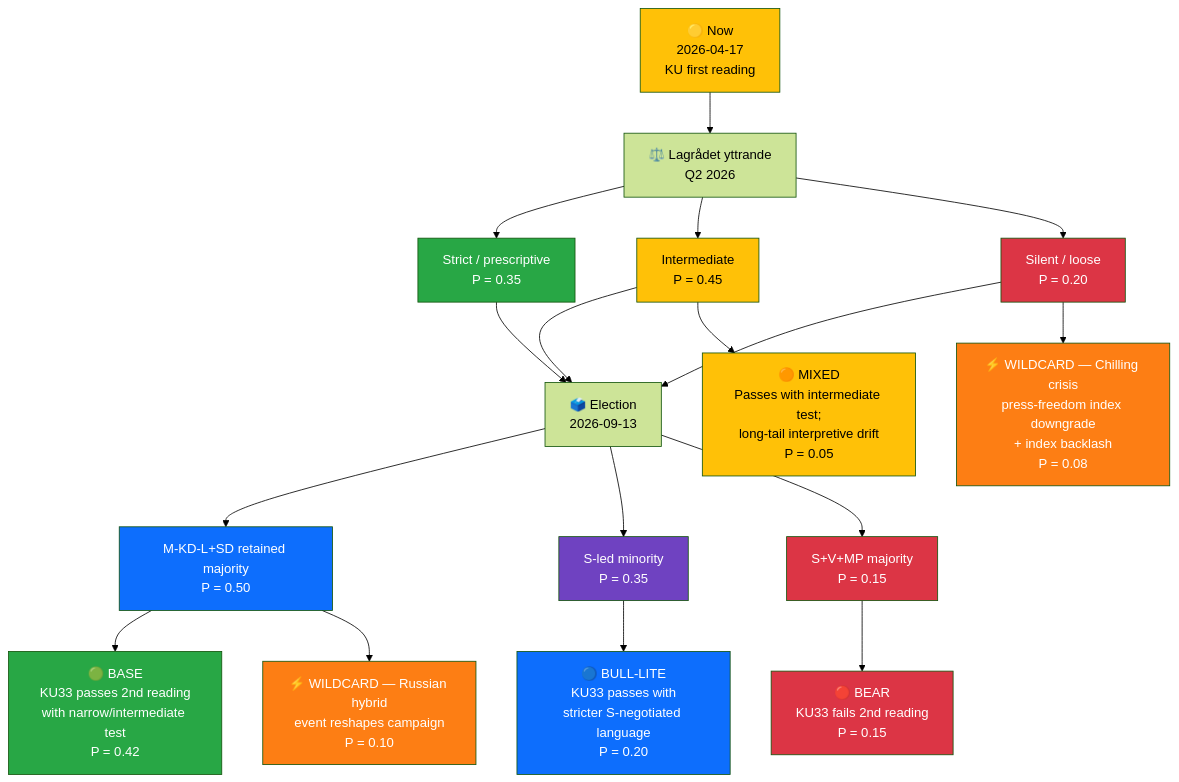
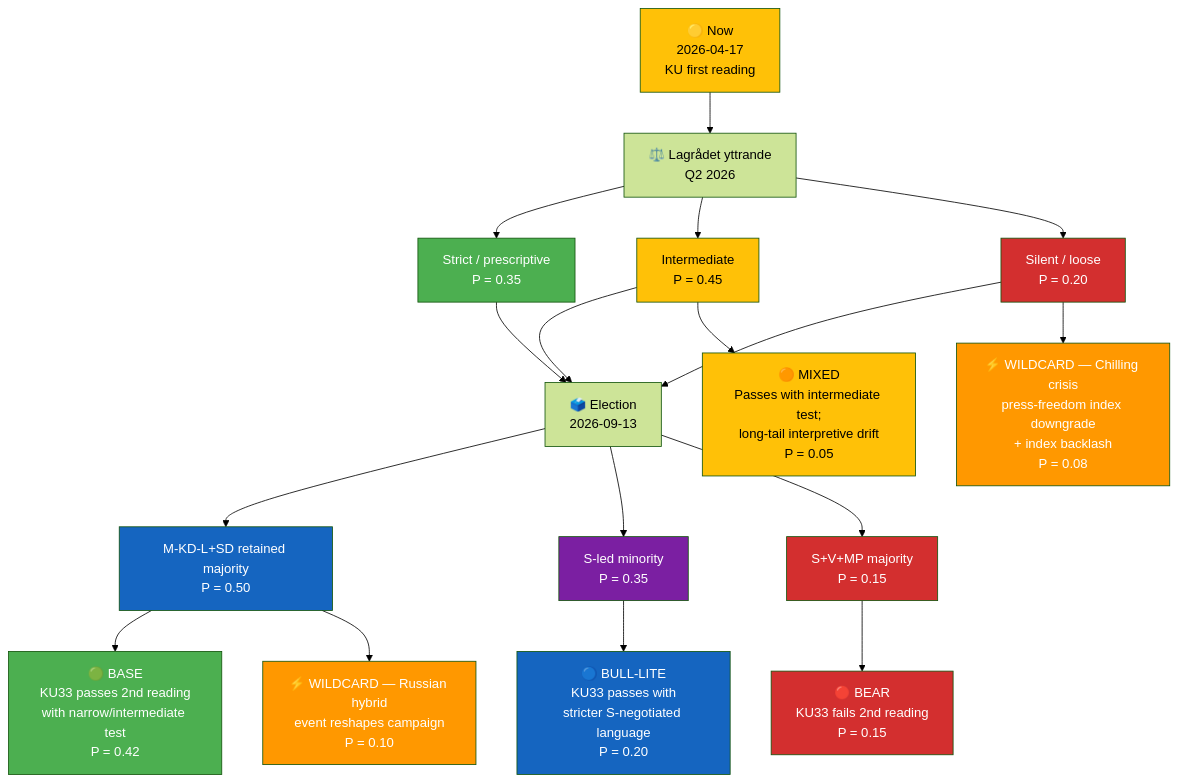
One commit to Hack23/riksdagsmonitor changed the diagram in analysis/daily/2026-04-17/realtime-1434/scenario-analysis.md. Above: the diagram before and after it, drawn with Mermaid (forest theme). The commit also changed 785 other files, not shown here.

First line of the commit message:
Normalize mermaid colors across 786 analysis artifacts to ISMS Style Guide palette

````diff
--- a/analysis/daily/2026-04-17/realtime-1434/scenario-analysis.md
+++ b/analysis/daily/2026-04-17/realtime-1434/scenario-analysis.md
@@ -16,46 +16,46 @@
 ```mermaid
 flowchart TD
     T0["🟡 Now<br/>2026-04-17<br/>KU first reading"]
     L["⚖️ Lagrådet yttrande<br/>Q2 2026"]
     L1["Strict / prescriptive<br/>P = 0.35"]
     L2["Intermediate<br/>P = 0.45"]
     L3["Silent / loose<br/>P = 0.20"]
     E["🗳️ Election<br/>2026-09-13"]
     E1["M-KD-L+SD retained majority<br/>P = 0.50"]
     E2["S-led minority<br/>P = 0.35"]
     E3["S+V+MP majority<br/>P = 0.15"]
 
     T0 --> L
     L --> L1
     L --> L2
     L --> L3
 
     L1 --> E
     L2 --> E
     L3 --> E
 
     E --> E1
     E --> E2
     E --> E3
 
     E1 --> BASE["🟢 BASE<br/>KU33 passes 2nd reading<br/>with narrow/intermediate test<br/>P = 0.42"]
     E2 --> BULL["🔵 BULL-LITE<br/>KU33 passes with<br/>stricter S-negotiated language<br/>P = 0.20"]
     E3 --> BEAR["🔴 BEAR<br/>KU33 fails 2nd reading<br/>P = 0.15"]
     L3 --> WILD1["⚡ WILDCARD — Chilling crisis<br/>press-freedom index downgrade<br/>+ index backlash<br/>P = 0.08"]
     E1 --> WILD2["⚡ WILDCARD — Russian hybrid<br/>event reshapes campaign<br/>P = 0.10"]
     L2 --> MIX["🟠 MIXED<br/>Passes with intermediate test;<br/>long-tail interpretive drift<br/>P = 0.05"]
 
-    style T0 fill:#ffc107,color:#000
-    style L1 fill:#28a745,color:#fff
-    style L2 fill:#ffc107,color:#000
-    style L3 fill:#dc3545,color:#fff
-    style E1 fill:#0d6efd,color:#fff
-    style E2 fill:#6f42c1,color:#fff
-    style E3 fill:#dc3545,color:#fff
-    style BASE fill:#28a745,color:#fff
-    style BULL fill:#0d6efd,color:#fff
-    style BEAR fill:#dc3545,color:#fff
-    style WILD1 fill:#fd7e14,color:#fff
-    style WILD2 fill:#fd7e14,color:#fff
-    style MIX fill:#ffc107,color:#000
+    style T0 fill:#FFC107,color:#000000
+    style L1 fill:#4CAF50,color:#FFFFFF
+    style L2 fill:#FFC107,color:#000000
+    style L3 fill:#D32F2F,color:#FFFFFF
+    style E1 fill:#1565C0,color:#FFFFFF
+    style E2 fill:#7B1FA2,color:#FFFFFF
+    style E3 fill:#D32F2F,color:#FFFFFF
+    style BASE fill:#4CAF50,color:#FFFFFF
+    style BULL fill:#1565C0,color:#FFFFFF
+    style BEAR fill:#D32F2F,color:#FFFFFF
+    style WILD1 fill:#FF9800,color:#FFFFFF
+    style WILD2 fill:#FF9800,color:#FFFFFF
+    style MIX fill:#FFC107,color:#000000
 ```
````
